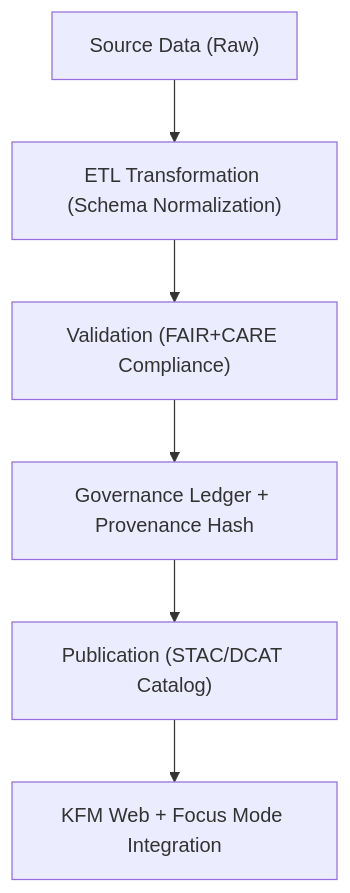
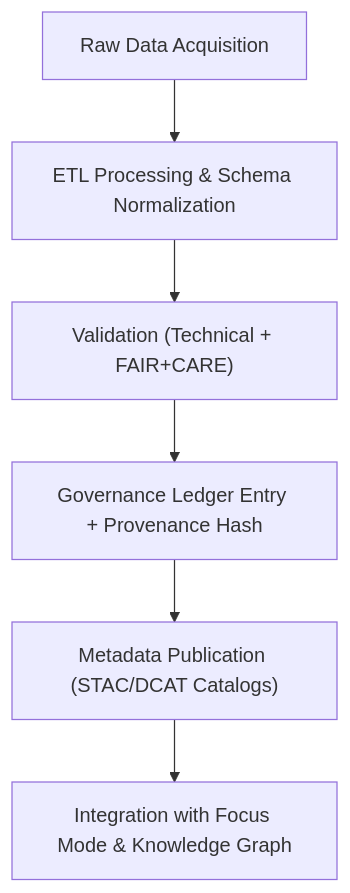
The first of 2 diagrams in docs/guides/data/README.md (bartytime4life/Kansas-Frontier-Matrix), drawn with Mermaid before and after one commit. The commit also changed other lines of this file, not shown here.

First line of the commit message:
Revise README for data ingestion and governance overview

````diff
--- a/docs/guides/data/README.md
+++ b/docs/guides/data/README.md
@@ -63,8 +68,8 @@
 ```mermaid
 flowchart TD
-A["Source Data (Raw)"] --> B["ETL Transformation (Schema Normalization)"]
-B --> C["Validation (FAIR+CARE Compliance)"]
-C --> D["Governance Ledger + Provenance Hash"]
-D --> E["Publication (STAC/DCAT Catalog)"]
-E --> F["KFM Web + Focus Mode Integration"]
+A["Raw Data Acquisition"] --> B["ETL Processing & Schema Normalization"]
+B --> C["Validation (Technical + FAIR+CARE)"]
+C --> D["Governance Ledger Entry + Provenance Hash"]
+D --> E["Metadata Publication (STAC/DCAT Catalogs)"]
+E --> F["Integration with Focus Mode & Knowledge Graph"]
 ```
````
